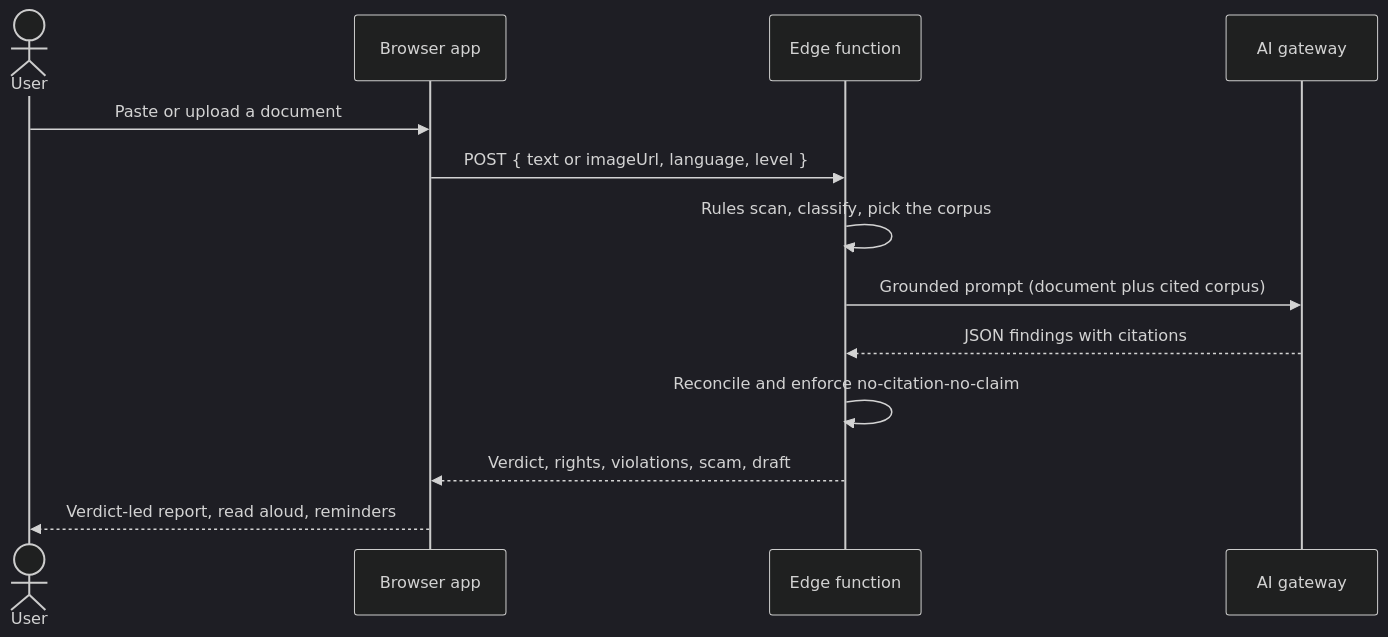
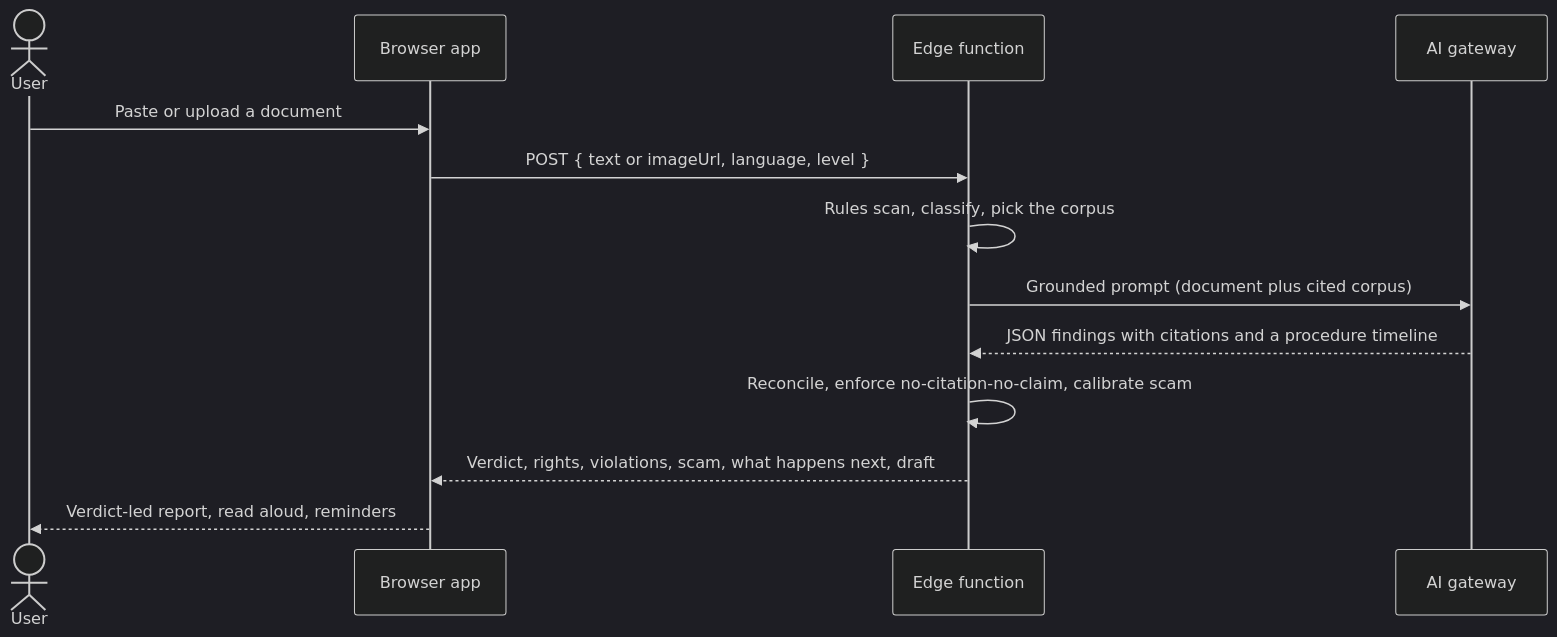
One commit to s-k-28/decoded changed the third of 4 diagrams in README.md. Above: the diagram before and after it, drawn with Mermaid (dark theme). The commit also changed other lines of this file, not shown here.

First line of the commit message:
Expand README: detailed product overview, grounding methodology, coverage, procedure

````diff
--- a/README.md
+++ b/README.md
@@ -52,15 +61,15 @@
 ```mermaid
 sequenceDiagram
     actor User
     participant App as Browser app
     participant Fn as Edge function
     participant AI as AI gateway
     User->>App: Paste or upload a document
     App->>Fn: POST { text or imageUrl, language, level }
     Fn->>Fn: Rules scan, classify, pick the corpus
     Fn->>AI: Grounded prompt (document plus cited corpus)
-    AI-->>Fn: JSON findings with citations
-    Fn->>Fn: Reconcile and enforce no-citation-no-claim
-    Fn-->>App: Verdict, rights, violations, scam, draft
+    AI-->>Fn: JSON findings with citations and a procedure timeline
+    Fn->>Fn: Reconcile, enforce no-citation-no-claim, calibrate scam
+    Fn-->>App: Verdict, rights, violations, scam, what happens next, draft
     App-->>User: Verdict-led report, read aloud, reminders
 ```
````
